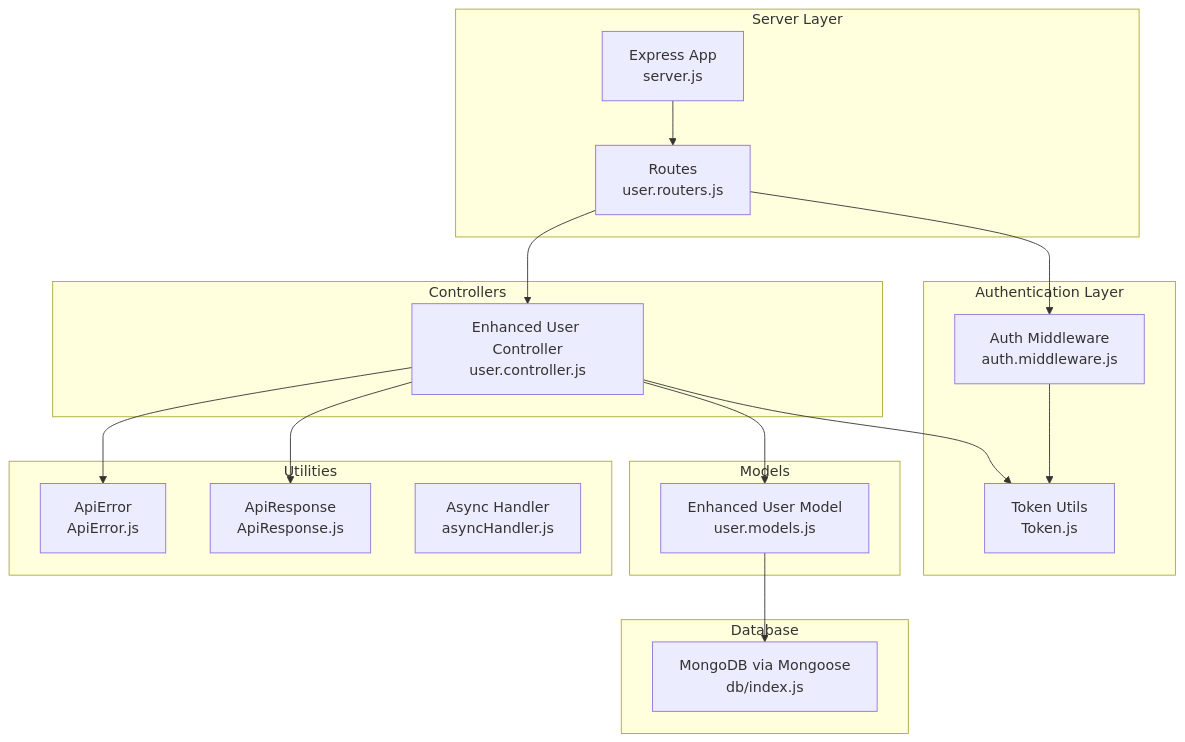
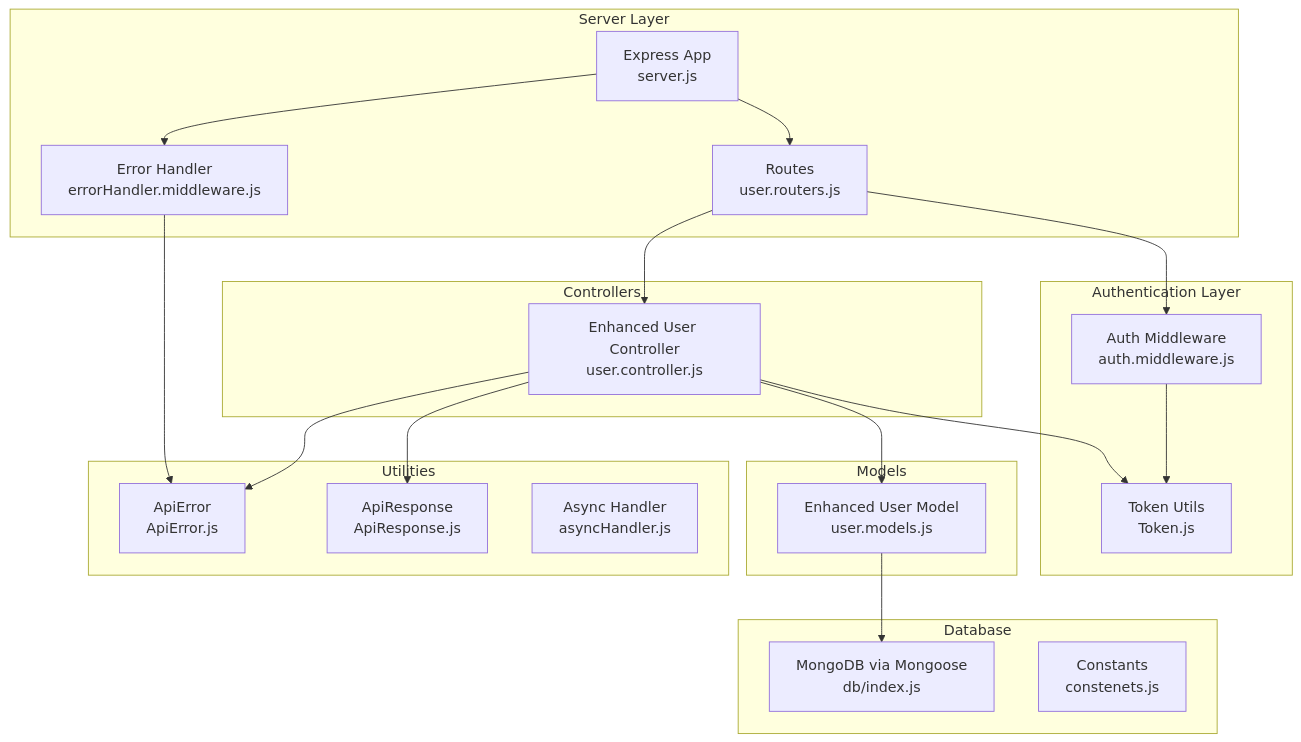
Before and after one commit to Aryan9060/Timetable-Project: the first of 9 diagrams in .qoder/repowiki/en/content/Authentication & Authorization/Backend Authentication Controller.md, drawn with Mermaid. The commit also changed other lines of this file and 6 other files, not shown here.

````diff
--- a/.qoder/repowiki/en/content/Authentication & Authorization/Backend Authentication Controller.md
+++ b/.qoder/repowiki/en/content/Authentication & Authorization/Backend Authentication Controller.md
@@ -47,34 +49,38 @@
 ```mermaid
 graph TB
 subgraph "Server Layer"
 S["Express App<br/>server.js"]
 R["Routes<br/>user.routers.js"]
+EH["Error Handler<br/>errorHandler.middleware.js"]
 end
 subgraph "Authentication Layer"
 AM["Auth Middleware<br/>auth.middleware.js"]
 TK["Token Utils<br/>Token.js"]
 end
 subgraph "Controllers"
 C["Enhanced User Controller<br/>user.controller.js"]
 end
 subgraph "Models"
 M["Enhanced User Model<br/>user.models.js"]
 end
 subgraph "Utilities"
 AE["ApiError<br/>ApiError.js"]
 AR["ApiResponse<br/>ApiResponse.js"]
 AH["Async Handler<br/>asyncHandler.js"]
 end
 subgraph "Database"
 DB["MongoDB via Mongoose<br/>db/index.js"]
+CN["Constants<br/>constenets.js"]
 end
 S --> R
 R --> AM
 AM --> TK
 R --> C
 C --> M
 C --> AE
 C --> AR
 C --> TK
 M --> DB
+S --> EH
+EH --> AE
 ```
````
